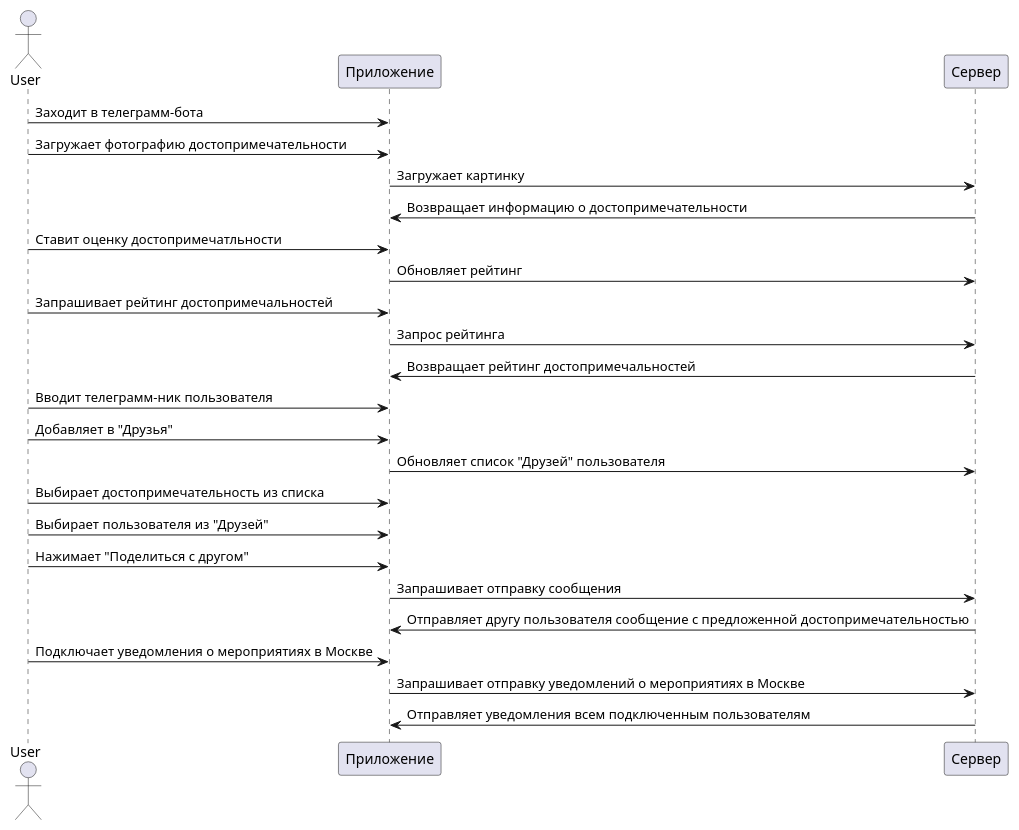
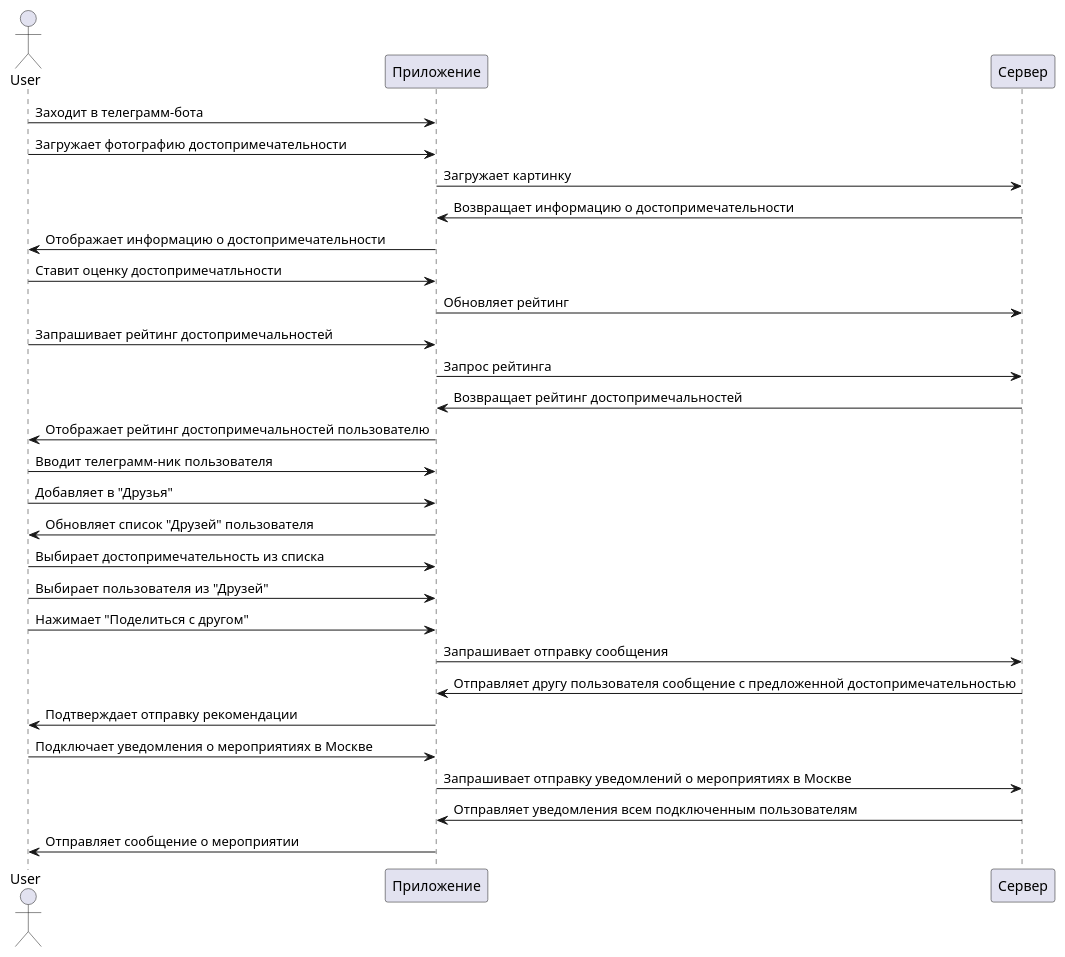
Before and after one commit to Soarico/MoscowTraveler: the diagram in sequence.puml, drawn with PlantUML.

Commit message:
sequence диаграмма fixed

```diff
--- a/sequence.puml
+++ b/sequence.puml
@@ -1,30 +1,34 @@
 @startuml
 actor User
 participant "Приложение" as App
 participant "Сервер" as Server
 
 User -> App : Заходит в телеграмм-бота
 User -> App : Загружает фотографию достопримечательности
 App -> Server : Загружает картинку
 Server -> App : Возвращает информацию о достопримечательности
+App -> User : Отображает информацию о достопримечательности
 
 User -> App : Ставит оценку достопримечатльности
 App -> Server : Обновляет рейтинг
 User -> App : Запрашивает рейтинг достопримечальностей
 App -> Server : Запрос рейтинга
 Server -> App : Возвращает рейтинг достопримечальностей
+App -> User : Отображает рейтинг достопримечальностей пользователю
 
 User -> App : Вводит телеграмм-ник пользователя
 User -> App : Добавляет в "Друзья"
-App -> Server : Обновляет список "Друзей" пользователя
+App -> User : Обновляет список "Друзей" пользователя
 
 User -> App : Выбирает достопримечательность из списка
 User -> App : Выбирает пользователя из "Друзей"
 User -> App : Нажимает "Поделиться с другом"
 App -> Server : Запрашивает отправку сообщения
 Server -> App : Отправляет другу пользователя сообщение с предложенной достопримечательностью
+App -> User : Подтверждает отправку рекомендации
 
 User -> App : Подключает уведомления о мероприятиях в Москве
 App -> Server : Запрашивает отправку уведомлений о мероприятиях в Москве
 Server -> App : Отправляет уведомления всем подключенным пользователям
+App -> User : Отправляет сообщение о мероприятии
 @enduml
```
